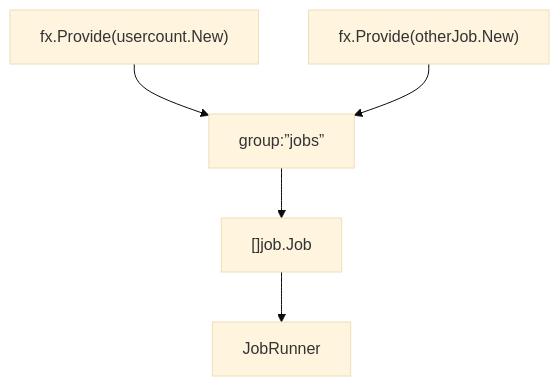
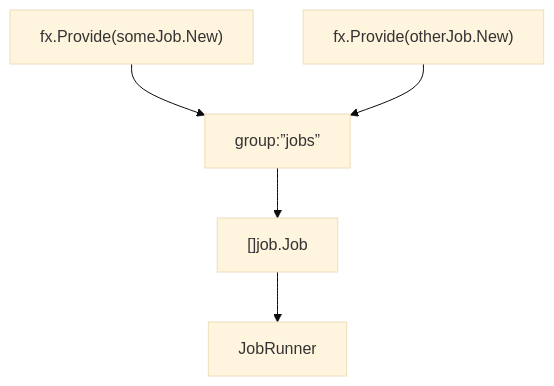
The ninth of 9 diagrams in internal/controller/job/README.ja.md (Tomy-ch/go-boilerplate), drawn with Mermaid (base theme) before and after one commit. The commit also changed other lines of this file and 895 other files, not shown here.

````diff
--- a/internal/controller/job/README.ja.md
+++ b/internal/controller/job/README.ja.md
@@ -368,16 +359,12 @@
 ```mermaid
 flowchart TB
-    %% sample-api:replace-begin
-    A["fx.Provide(usercount.New)"]
-    %% sample-api:replace-with
-    %% = A["fx.Provide(someJob.New)"]
-    %% sample-api:replace-end
+    A["fx.Provide(someJob.New)"]
     B["fx.Provide(otherJob.New)"]
     Group["group:”jobs”"]
     Jobs["[]job.Job"]
     Runner["JobRunner"]
 
     A --> Group
     B --> Group
     Group --> Jobs --> Runner
 ```
````
